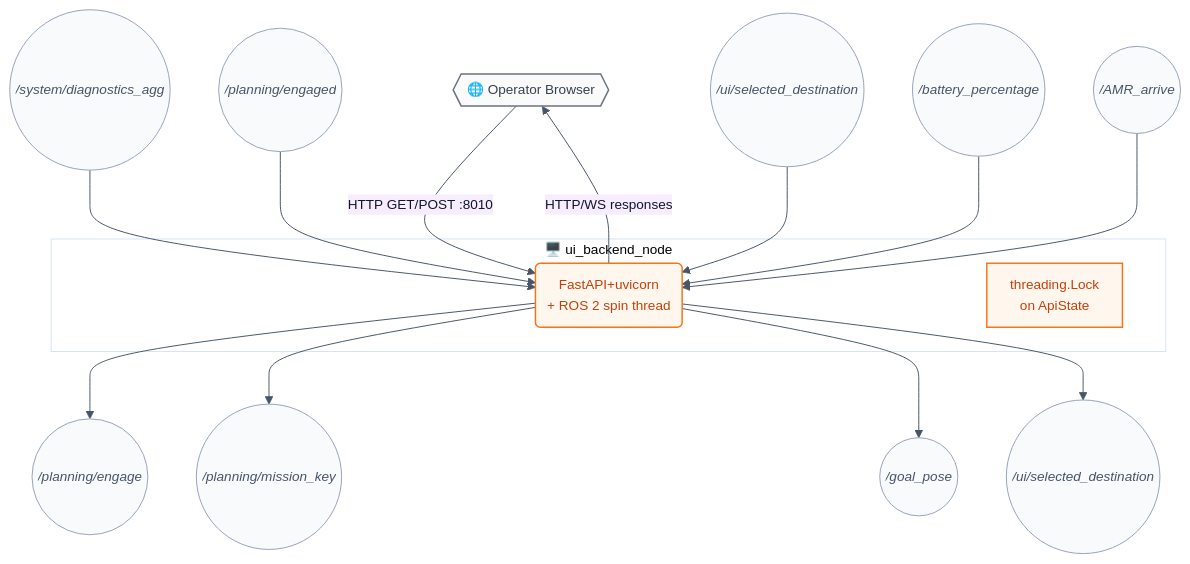
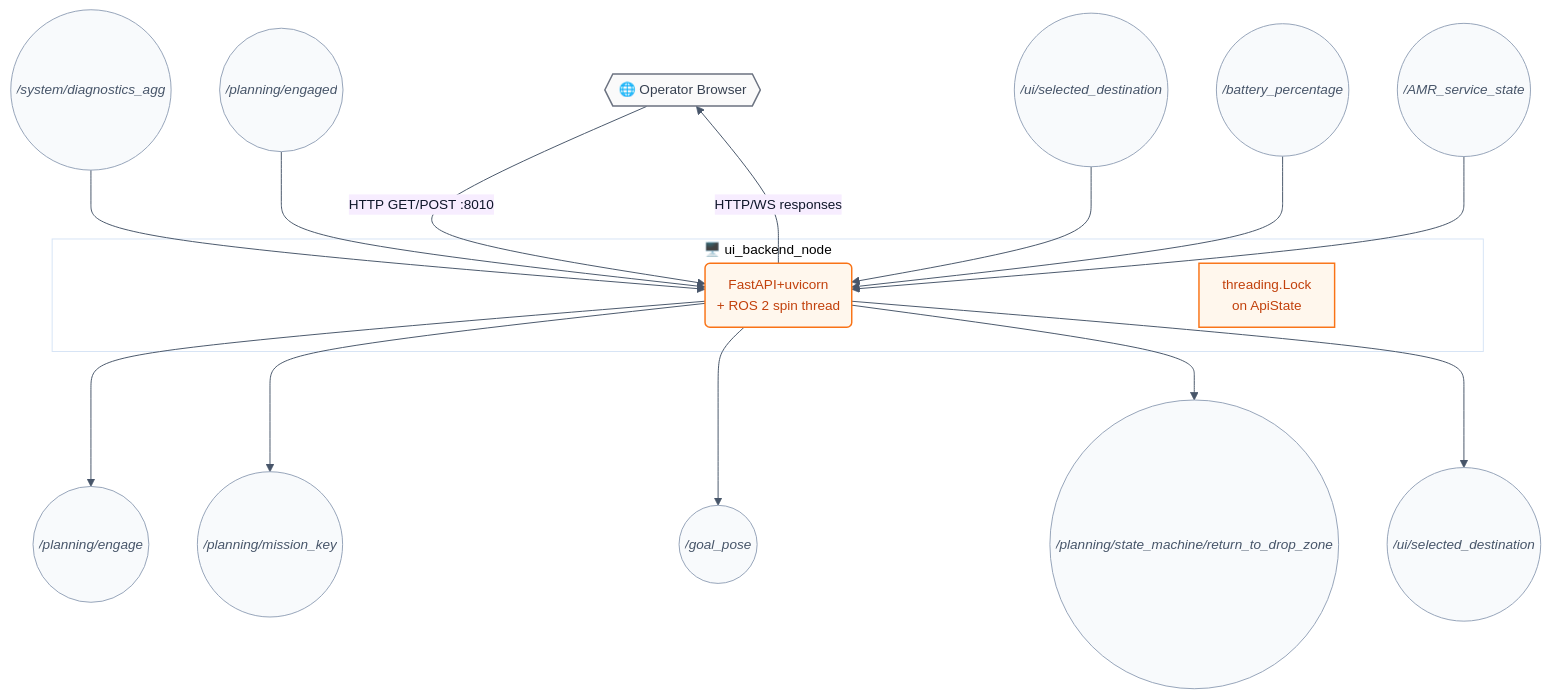
One commit to hwanhonglee/CAMROD changed the second of 5 diagrams in camrod_ui/README.md. Above: the diagram before and after it, drawn with Mermaid. The commit also changed other lines of this file and 6 other files, not shown here.

````diff
--- a/camrod_ui/README.md
+++ b/camrod_ui/README.md
@@ -82,26 +85,27 @@
 ```mermaid
 %%{init: {'theme': 'base', 'themeVariables': {'fontFamily': 'ui-sans-serif, system-ui, sans-serif', 'fontSize': '14px', 'primaryColor': '#FFF7ED', 'primaryTextColor': '#0F172A', 'primaryBorderColor': '#F97316', 'lineColor': '#475569'}, 'flowchart': {'curve': 'basis', 'htmlLabels': true, 'padding': 12}}}%%
 graph TD
   BROWSER{{🌐 Operator Browser}}:::hardware -->|HTTP GET/POST :8010| BACKEND
 
   subgraph BACKEND_BOX["🖥️ ui_backend_node"]
     BACKEND(FastAPI+uvicorn\n+ ROS 2 spin thread):::ui
     NOTE[threading.Lock\non ApiState]:::ui
   end
 
   DIAGAGG((/system/diagnostics_agg)):::topic     --> BACKEND
   ENGAGED((/planning/engaged)):::topic    --> BACKEND
   DEST((/ui/selected_destination)):::topic --> BACKEND
   BATTERY((/battery_percentage)):::topic  --> BACKEND
-  ARRIVE((/AMR_arrive)):::topic           --> BACKEND
+  AMRSTATE((/AMR_service_state)):::topic  --> BACKEND
 
   BACKEND -->|HTTP/WS responses| BROWSER
   BACKEND --> ENGAGE((/planning/engage)):::topic
   BACKEND --> MISSIONKEY((/planning/mission_key)):::topic
   BACKEND --> GOALPOSE((/goal_pose)):::topic
+  BACKEND --> RETURN((/planning/state_machine/return_to_drop_zone)):::topic
   BACKEND --> DEST2((/ui/selected_destination)):::topic
 
   classDef ui       fill:#FFF7ED,stroke:#F97316,stroke-width:1.5px,color:#C2410C;
   classDef hardware fill:#FAFAFA,stroke:#6B7280,stroke-width:1.5px,color:#374151;
   classDef topic    fill:#F8FAFC,stroke:#94A3B8,stroke-width:1px,color:#475569,font-style:italic;
 ```
````
